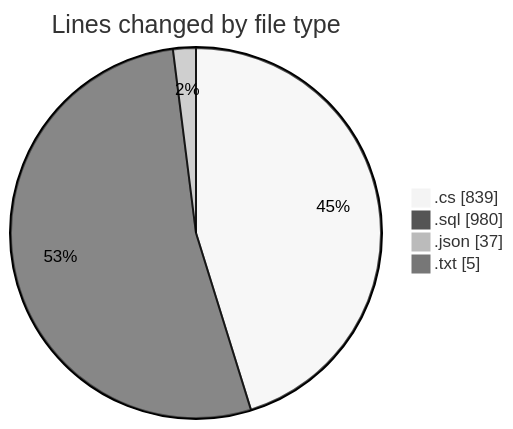
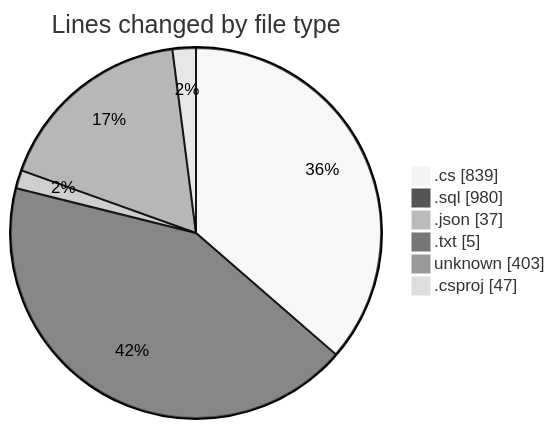
Before and after one commit to Netris89/code-tracking: the first of 2 diagrams in 2025-04-04/back-end/README.md, drawn with Mermaid (neutral theme). The commit also changed other lines of this file and 1 other file, not shown here.

````diff
--- a/2025-04-04/back-end/README.md
+++ b/2025-04-04/back-end/README.md
@@ -28,8 +30,10 @@
 ```mermaid
 pie showData
 title Lines changed by file type
 ".cs" : 839
 ".sql" : 980
 ".json" : 37
 ".txt" : 5
+"unknown" : 403
+".csproj" : 47
 ```
````
